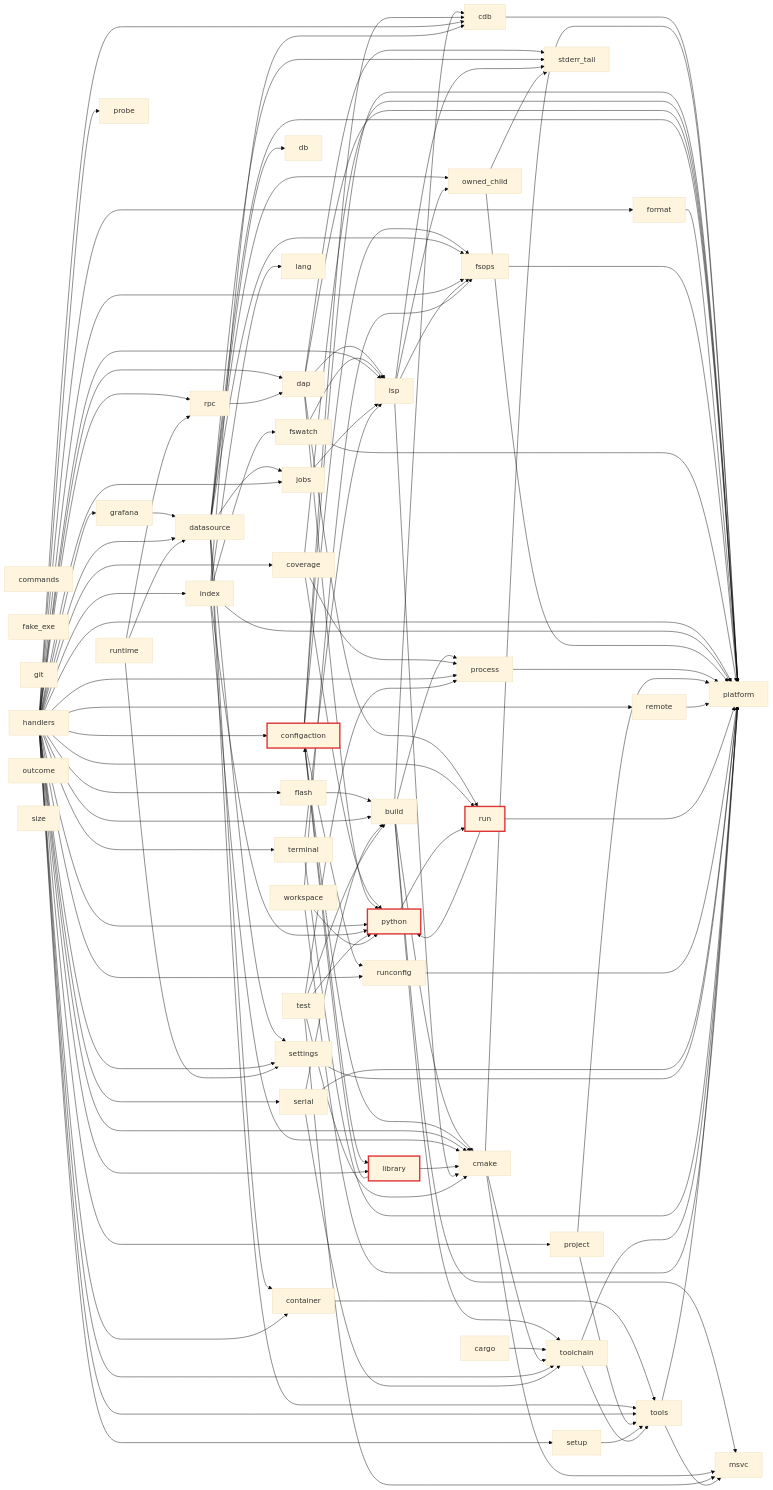
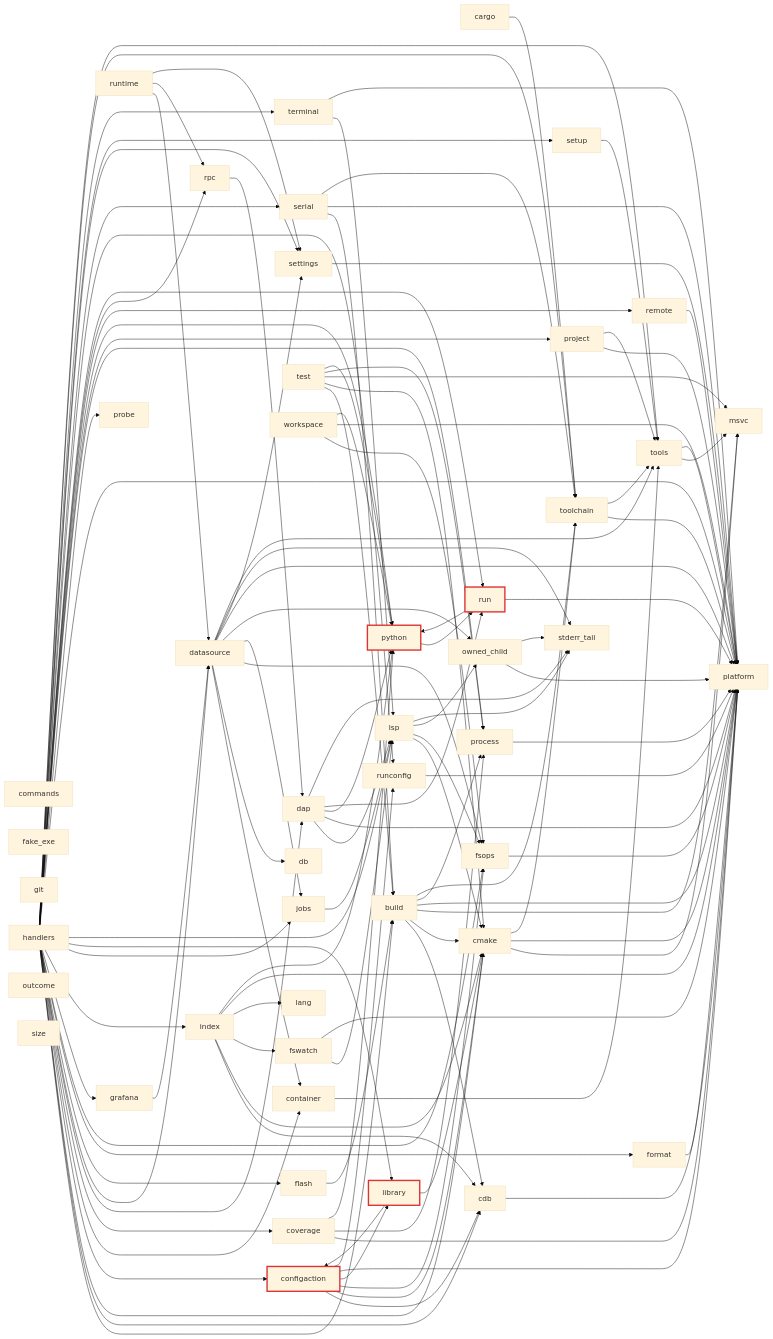
One commit to ViktorWalde/KineinVectis changed the third of 16 diagrams in DocsPublic/arquitetura/01-mapa-de-modulos.md. Above: the diagram before and after it, drawn with Mermaid (base theme). The commit also changed other lines of this file and 10 other files, not shown here.

```diff
--- a/DocsPublic/arquitetura/01-mapa-de-modulos.md
+++ b/DocsPublic/arquitetura/01-mapa-de-modulos.md
@@ -143,6 +143,7 @@
   n_core_build --> n_core_cdb
   n_core_build --> n_core_cmake
   n_core_build --> n_core_msvc
+  n_core_build --> n_core_platform
   n_core_build --> n_core_process
   n_core_build --> n_core_toolchain
   n_core_cargo --> n_core_toolchain
```
